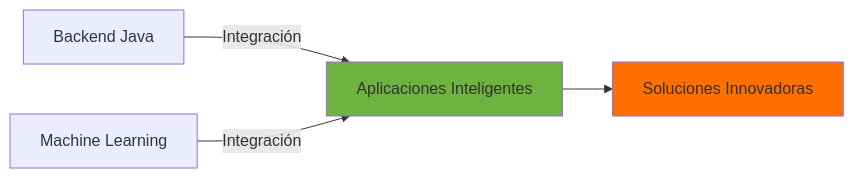
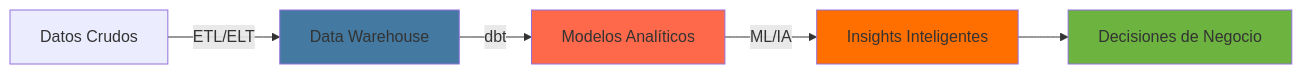
The diagram in README.md (Dan13l-M/Dan13l-M), drawn with Mermaid before and after one commit. The commit also changed other lines of this file, not shown here.

````diff
--- a/README.md
+++ b/README.md
@@ -160,8 +162,11 @@
 ```mermaid
 graph LR
-    A[Backend Java] -->|Integración| C[Aplicaciones Inteligentes]
-    B[Machine Learning] -->|Integración| C
-    C --> D[Soluciones Innovadoras]
-    style C fill:#6DB33F
+    A[Datos Crudos] -->|ETL/ELT| B[Data Warehouse]
+    B -->|dbt| C[Modelos Analíticos]
+    C -->|ML/IA| D[Insights Inteligentes]
+    D --> E[Decisiones de Negocio]
+    style B fill:#4479A1
+    style C fill:#FF694B
     style D fill:#FF6F00
+    style E fill:#6DB33F
 ```
````
